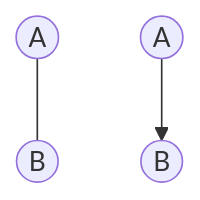
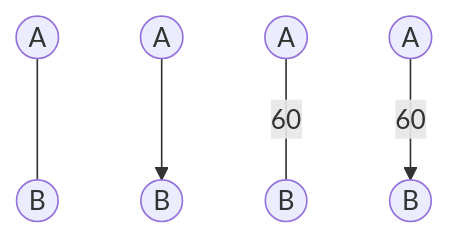
The first of 10 diagrams in конвейеры.md (Prisheletss/Satisfactory-calculator-unofficial-), drawn with Mermaid before and after one commit. The commit also changed other lines of this file, not shown here.

````diff
--- a/конвейеры.md
+++ b/конвейеры.md
@@ -58,10 +61,16 @@
 ```mermaid
 graph TD;
     1((A))
     2((B))
     3((A))
     4((B))
+    5((A))
+    6((B))
+    7((A))
+    8((B))
 
     1---2;
     3-->4;
+    5---|60|6;
+    7-->|60|8;
 ```
````
